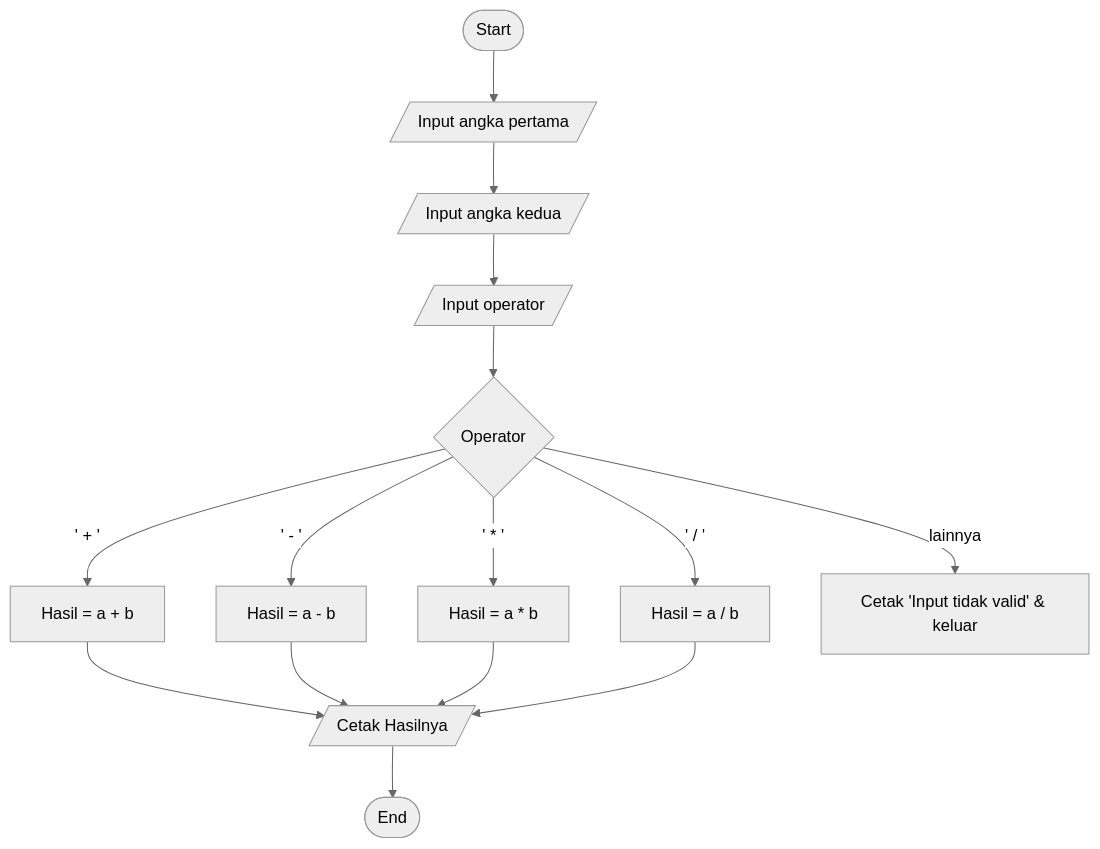
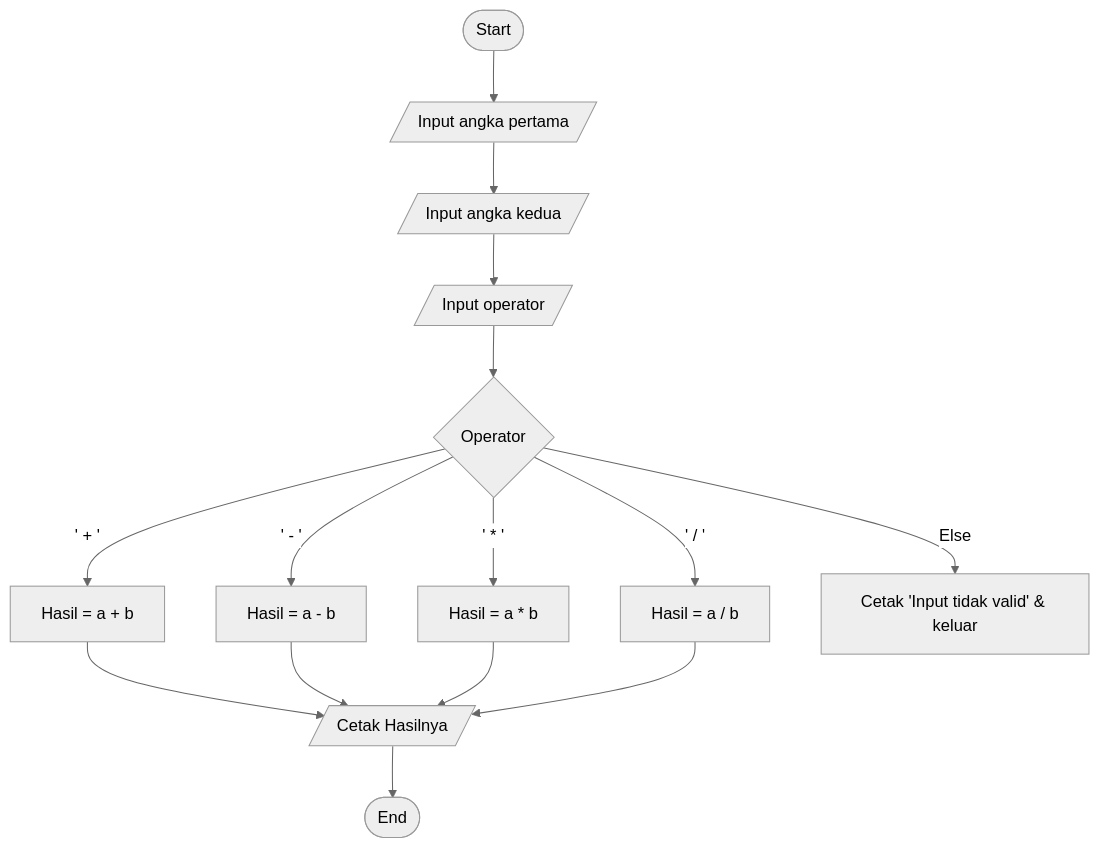
One commit to AugustRmd/labpy02 changed the second of 2 diagrams in README.md. Above: the diagram before and after it, drawn with Mermaid (neutral theme).

`````diff
--- a/README.md
+++ b/README.md
@@ -24,18 +24,18 @@
 ````mermaid
 flowchart TD
     A([Start]) --> B[/Input angka pertama/]
     B --> C[/Input angka kedua/]
     C --> D[/Input operator/]
     D --> E{Operator}
     E -- ' + ' --> F[Hasil = a + b]
     E -- ' - ' --> G[Hasil = a - b]
     E -- ' * ' --> H[Hasil = a * b]
     E -- ' / ' --> I[Hasil = a / b]
-    E -- lainnya --> J[Cetak 'Input tidak valid' & keluar]
+    E -- Else --> J[Cetak 'Input tidak valid' & keluar]
     F --> K[/Cetak Hasilnya/]
     G --> K
     H --> K
     I --> K
     K --> L([End])
 
 ````
`````
